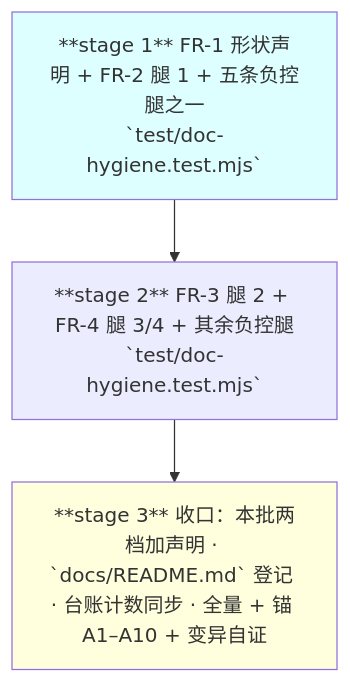
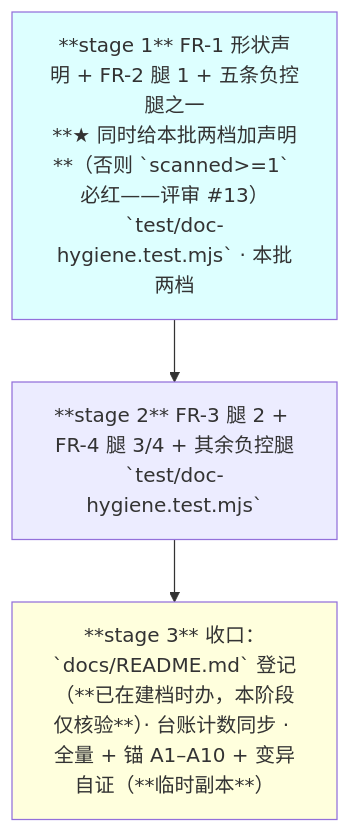
Before and after one commit to shenhuanageshei/dsh-thincoder-suite: the fourth of 4 diagrams in docs/2026-09-16-doc-shape-design.md, drawn with Mermaid. The commit also changed other lines of this file and 1 other file, not shown here.

````diff
--- a/docs/2026-09-16-doc-shape-design.md
+++ b/docs/2026-09-16-doc-shape-design.md
@@ -376,8 +389,8 @@
 ```mermaid
 flowchart TD
-  S1["**stage 1** FR-1 形状声明 + FR-2 腿 1 + 五条负控腿之一<br/>`test/doc-hygiene.test.mjs`"] --> S2
+  S1["**stage 1** FR-1 形状声明 + FR-2 腿 1 + 五条负控腿之一<br/>**★ 同时给本批两档加声明**（否则 `scanned>=1` 必红——评审 #13）<br/>`test/doc-hygiene.test.mjs` · 本批两档"] --> S2
   S2["**stage 2** FR-3 腿 2 + FR-4 腿 3/4 + 其余负控腿<br/>`test/doc-hygiene.test.mjs`"] --> S3
-  S3["**stage 3** 收口：本批两档加声明 · `docs/README.md` 登记 · 台账计数同步 · 全量 + 锚 A1–A10 + 变异自证"]
+  S3["**stage 3** 收口：`docs/README.md` 登记（**已在建档时办，本阶段仅核验**）· 台账计数同步 · 全量 + 锚 A1–A10 + 变异自证（**临时副本**）"]
   style S1 fill:#dff
   style S3 fill:#ffd
 ```
````
